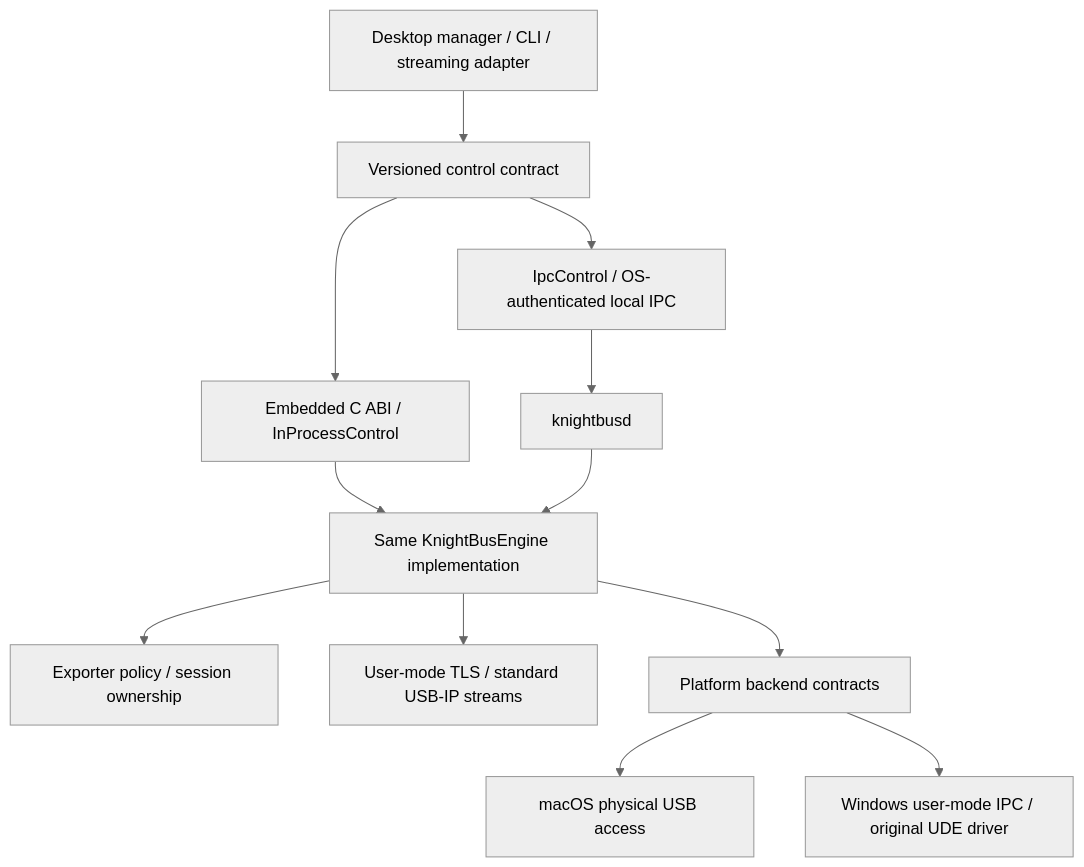
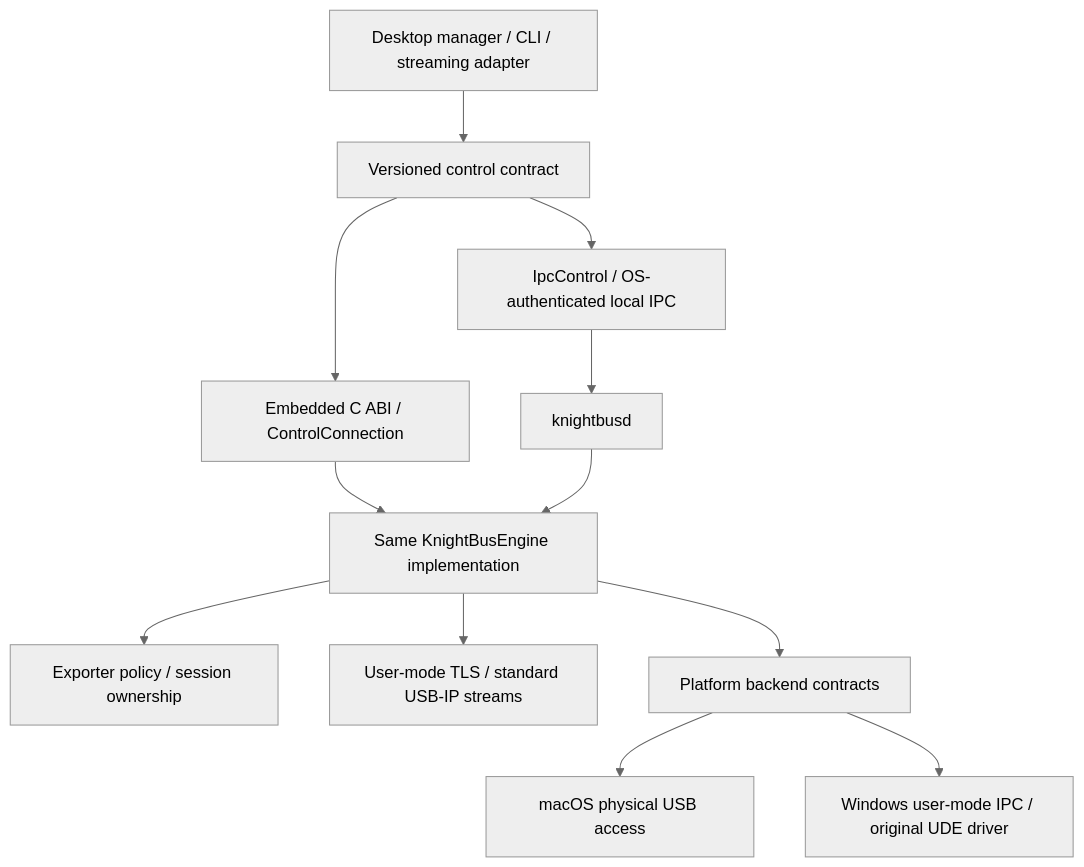
One commit to marcosmmb/knightbus changed the diagram in docs/architecture.md. Above: the diagram before and after it, drawn with Mermaid (neutral theme). The commit also changed other lines of this file and 110 other files, not shown here.

````diff
--- a/docs/architecture.md
+++ b/docs/architecture.md
@@ -13,14 +13,14 @@
 ```mermaid
 flowchart TD
     UI[Desktop manager / CLI / streaming adapter] --> SDK[Versioned control contract]
-    SDK --> E[Embedded C ABI / InProcessControl]
+    SDK --> E[Embedded C ABI / ControlConnection]
     SDK --> I[IpcControl / OS-authenticated local IPC]
     I --> D[knightbusd]
     E --> K[Same KnightBusEngine implementation]
     D --> K
     K --> P[Exporter policy / session ownership]
     K --> T[User-mode TLS / standard USB-IP streams]
     K --> B[Platform backend contracts]
     B --> M[macOS physical USB access]
     B --> W[Windows user-mode IPC / original UDE driver]
 ```
````
